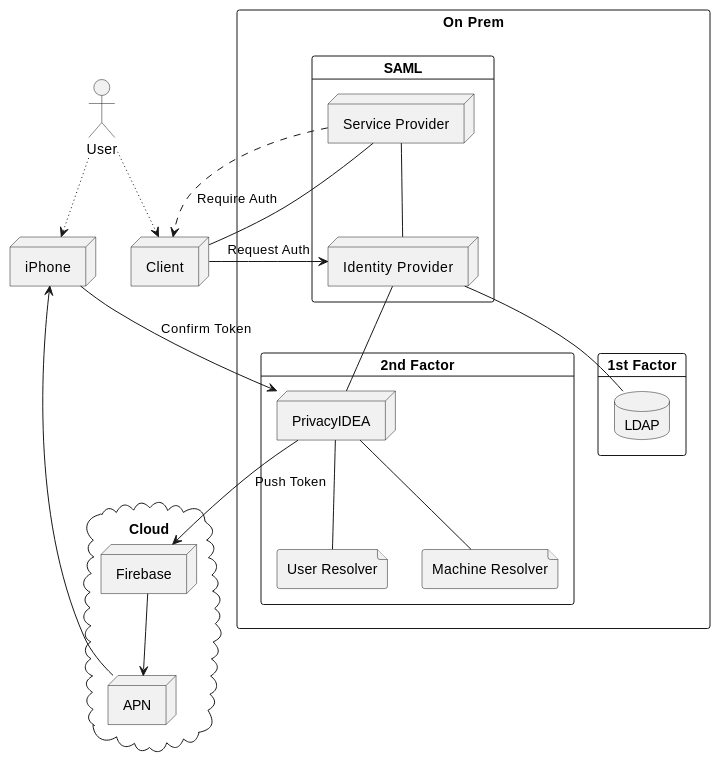
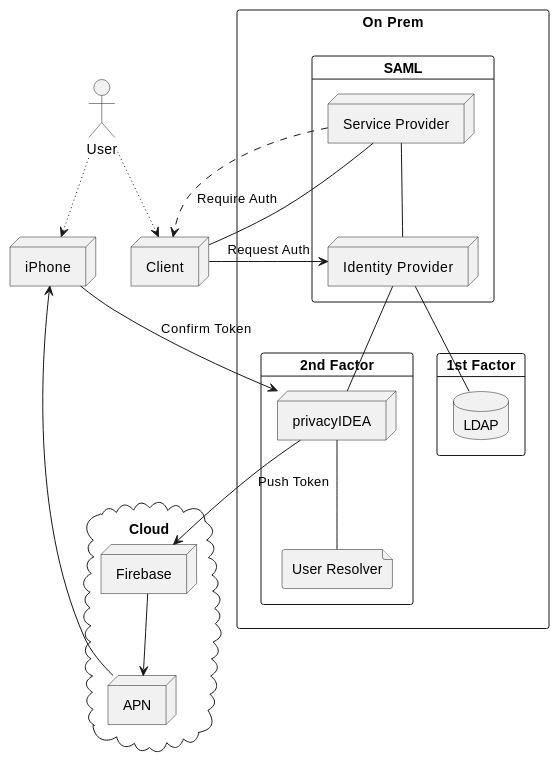
Before and after one commit to maxbeth/privacyidea: the diagram in doc/configuration/tokens/push.rst, drawn with PlantUML.

Commit message:
Remove machines, which iare not relevant
Write privacyIDEA in lower case p

```diff
--- a/doc/configuration/tokens/push.rst
+++ b/doc/configuration/tokens/push.rst
@@ -22,48 +22,46 @@
 .. uml::
   :width: 500
   :caption: A typical push token deployment
 
   rectangle "On Prem" {
     card SAML {
       node "Service Provider" as SP
       node "Identity Provider" as IDP
     }
     card "1st Factor" {
       database LDAP
     }
     card "2nd Factor" {
-      node PrivacyIDEA as PI
+      node privacyIDEA as PI
       file "User Resolver" as Users
-      file "Machine Resolver" as Machines
     }
   }
 
   together {
     actor User
     node iPhone
     node Client
   }
 
   cloud Cloud {
     node Firebase
     node APN
   }
 
   User ~~> iPhone
   User ~~> Client
 
   Client -- SP
   SP -- IDP
   SP ..> Client : Require Auth
 
   Client --> IDP : Request Auth
   IDP -- LDAP
   IDP -- PI
 
   PI -- Users
-  PI -- Machines
 
   PI --> Firebase : Push Token
   Firebase --> APN
   APN --> iPhone
   iPhone --> PI : Confirm Token
```
